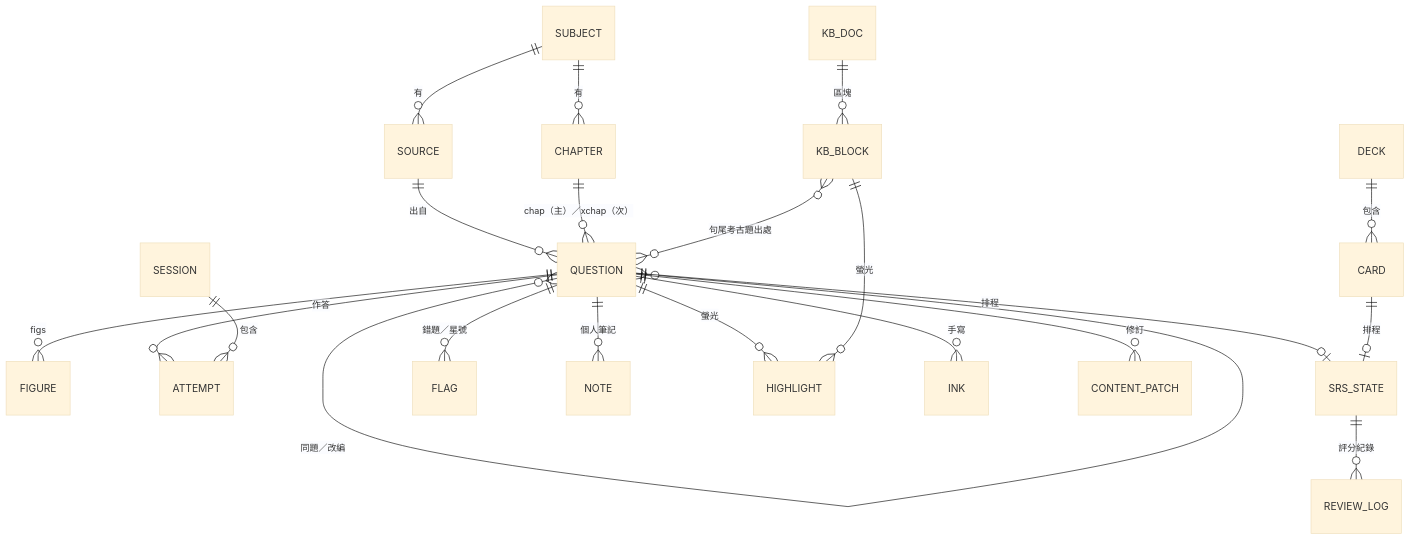
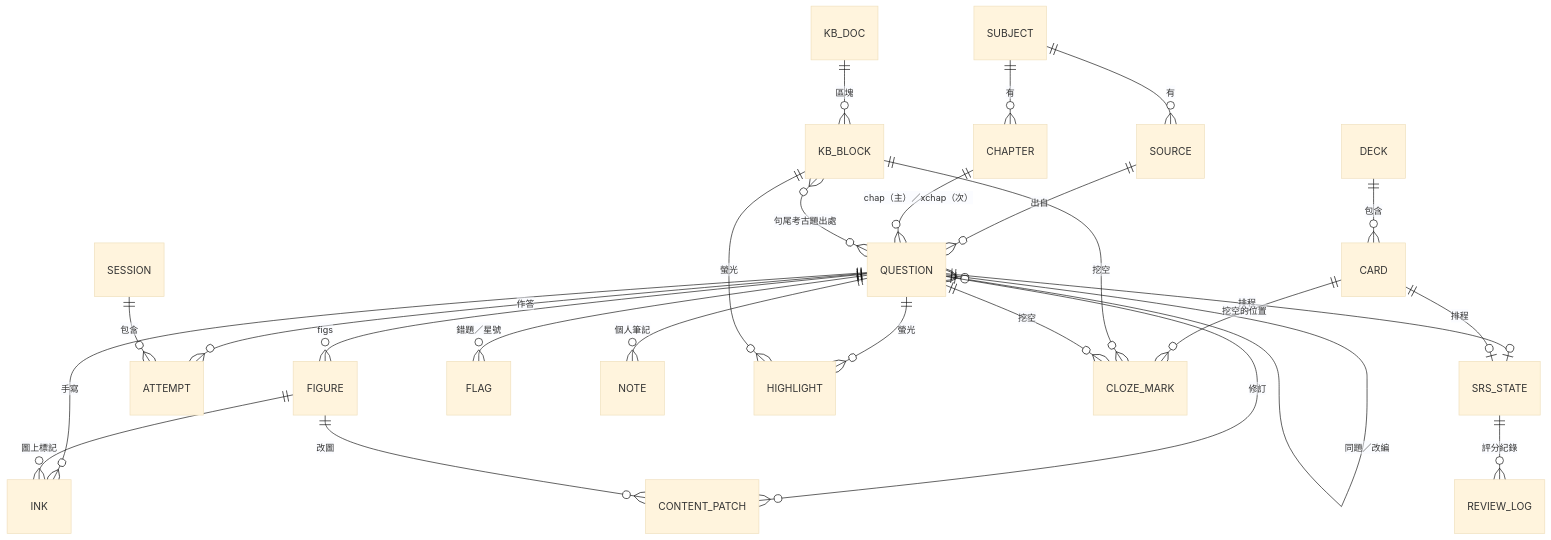
Before and after one commit to JimmyinTaipei/postmed-qbank: the second of 2 diagrams in docs/規劃/01_規格書.md, drawn with Mermaid (base theme). The commit also changed other lines of this file and 4 other files, not shown here.

Commit message:
規劃：Fable 規劃新功能（2B、4B、5B、6B、第 7 階段改圖入口）；填入正式網址與 D1 id

````diff
--- a/docs/規劃/01_規格書.md
+++ b/docs/規劃/01_規格書.md
@@ -468,23 +491,28 @@
 ```mermaid
 erDiagram
   SUBJECT ||--o{ CHAPTER : 有
   SUBJECT ||--o{ SOURCE : 有
   SOURCE ||--o{ QUESTION : 出自
   CHAPTER ||--o{ QUESTION : "chap（主）／xchap（次）"
   QUESTION ||--o{ FIGURE : figs
   QUESTION }o--o{ QUESTION : "同題／改編"
   KB_DOC ||--o{ KB_BLOCK : 區塊
   KB_BLOCK }o--o{ QUESTION : "句尾考古題出處"
   QUESTION ||--o{ ATTEMPT : 作答
   SESSION ||--o{ ATTEMPT : 包含
   QUESTION ||--o| SRS_STATE : 排程
   CARD ||--o| SRS_STATE : 排程
   SRS_STATE ||--o{ REVIEW_LOG : 評分紀錄
   QUESTION ||--o{ FLAG : "錯題／星號"
   QUESTION ||--o{ NOTE : 個人筆記
   QUESTION ||--o{ HIGHLIGHT : 螢光
   KB_BLOCK ||--o{ HIGHLIGHT : 螢光
   QUESTION ||--o{ INK : 手寫
+  FIGURE ||--o{ INK : 圖上標記
   QUESTION ||--o{ CONTENT_PATCH : 修訂
+  FIGURE ||--o{ CONTENT_PATCH : 改圖
   DECK ||--o{ CARD : 包含
+  CARD ||--o{ CLOZE_MARK : 挖空的位置
+  KB_BLOCK ||--o{ CLOZE_MARK : 挖空
+  QUESTION ||--o{ CLOZE_MARK : 挖空
 ```
````
